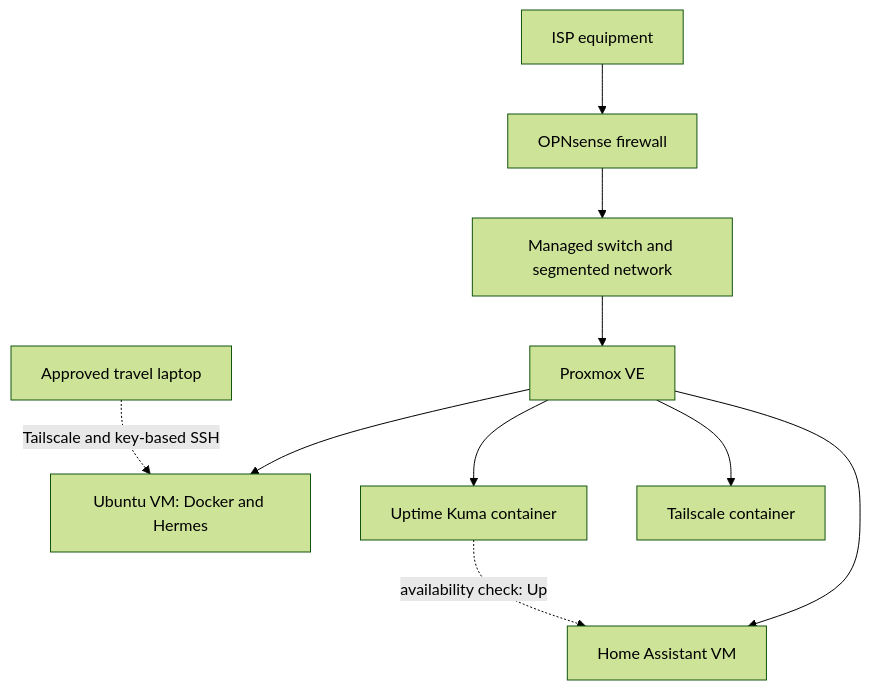
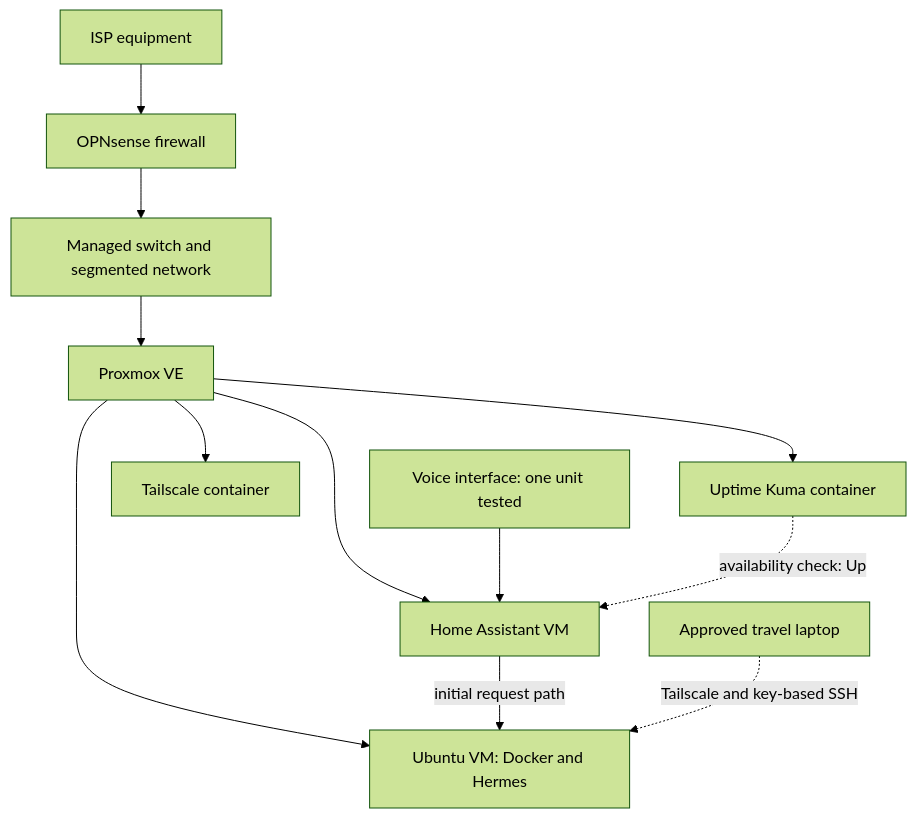
One commit to DeadPol8789/homelab changed the first of 2 diagrams in docs/architecture.md. Above: the diagram before and after it, drawn with Mermaid (forest theme). The commit also changed other lines of this file and 8 other files, not shown here.

````diff
--- a/docs/architecture.md
+++ b/docs/architecture.md
@@ -29,12 +29,14 @@
 ```mermaid
 flowchart TD
     ISP["ISP equipment"] --> FW["OPNsense firewall"]
     FW --> SW["Managed switch and segmented network"]
     SW --> PVE["Proxmox VE"]
     PVE --> HERMES["Ubuntu VM: Docker and Hermes"]
     PVE --> HA["Home Assistant VM"]
     PVE --> KUMA["Uptime Kuma container"]
     PVE --> TS["Tailscale container"]
+    VOICE["Voice interface: one unit tested"] --> HA
+    HA -->|"initial request path"| HERMES
     KUMA -. "availability check: Up" .-> HA
     REMOTE["Approved travel laptop"] -. "Tailscale and key-based SSH" .-> HERMES
 ```
````
